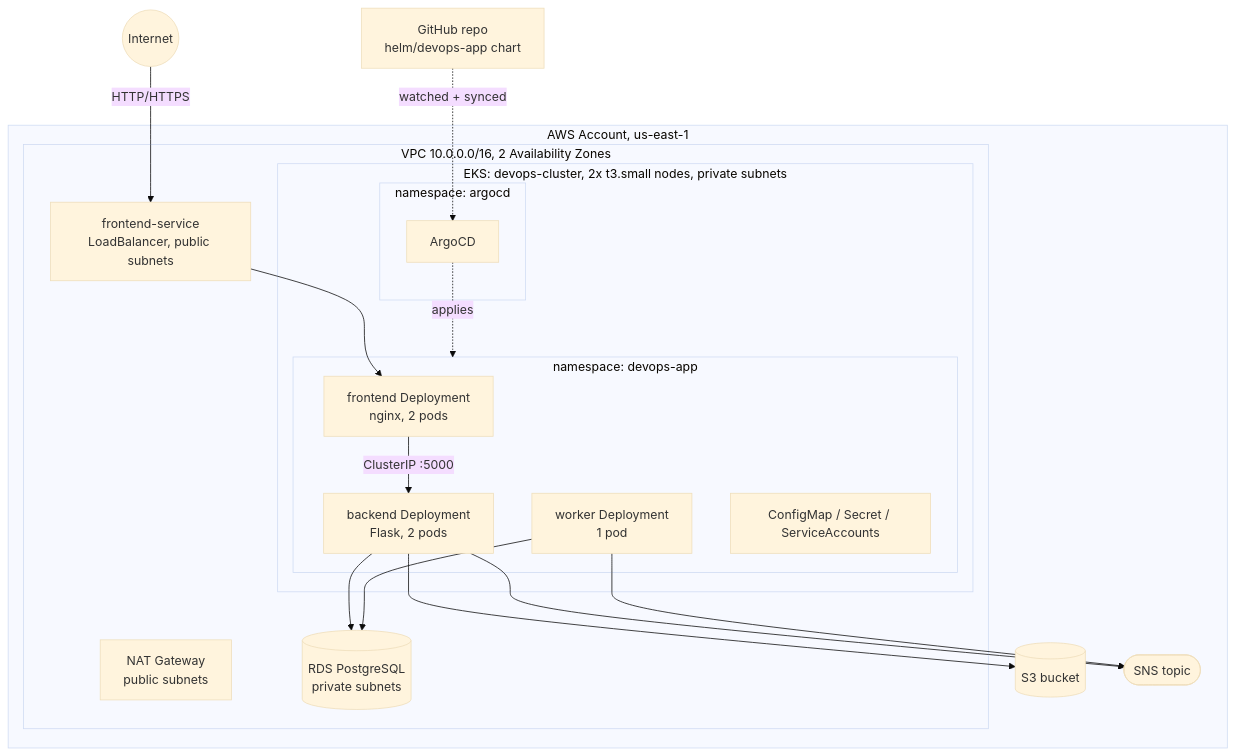
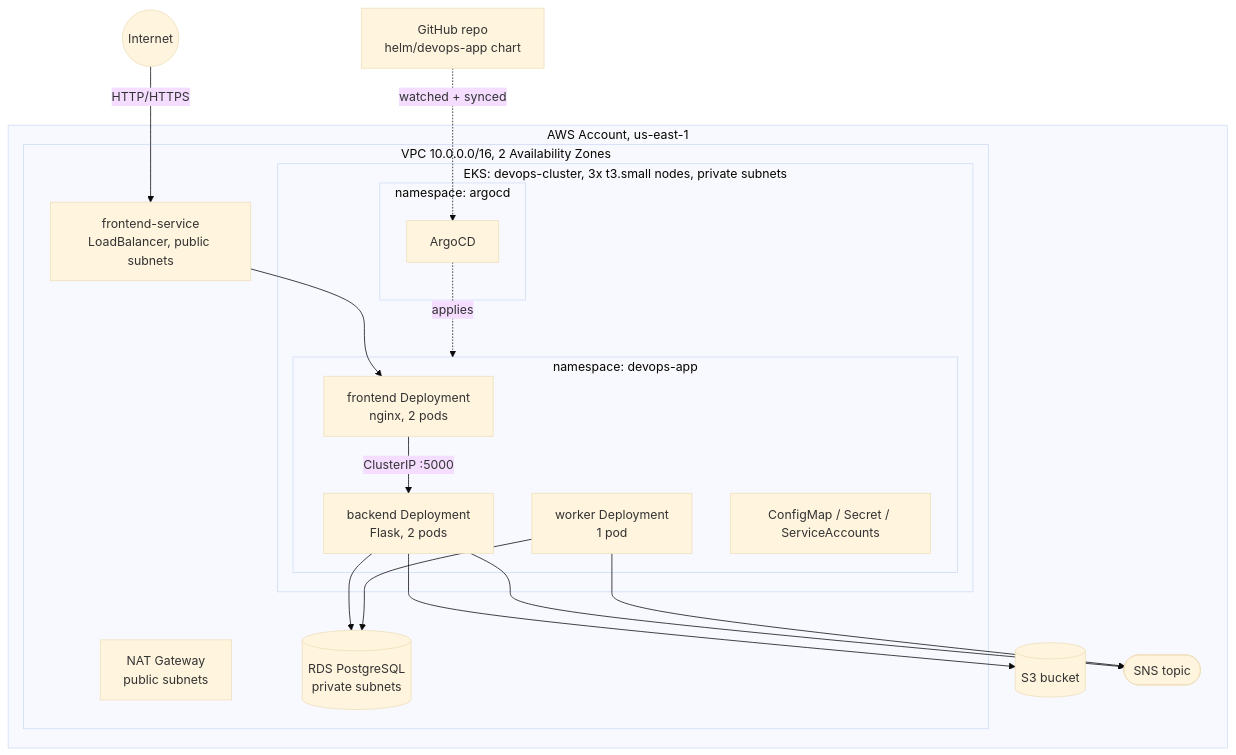
The diagram in README.md (MaxTsyganov/Running_Devops_Project), drawn with Mermaid (base theme) before and after one commit. The commit also changed other lines of this file and 1 other file, not shown here.

Commit message:
fix: bump EKS node count to 3 to fix pod-density ceiling
t3.small's max-pods-per-node is capped by ENI IP capacity (11), not
CPU/memory - confirmed live via a "0/2 nodes are available: Too many
pods" scheduling failure once ArgoCD and cert-manager were added
alongside the app. 2 nodes (22 slots) wasn't enough headroom for
kube-system + CoreDNS + ArgoCD (~7) + cert-manager (3) + the app (5);
3 nodes (33 slots) is. Verified live: all 5 app pods Running, ArgoCD
reports Synced/Healthy.

````diff
--- a/README.md
+++ b/README.md
@@ -40,40 +40,40 @@
 ```mermaid
 flowchart TB
     Internet((Internet))
     GH["GitHub repo<br/>helm/devops-app chart"]
 
     subgraph AWS["AWS Account, us-east-1"]
         subgraph VPC["VPC 10.0.0.0/16, 2 Availability Zones"]
             LB["frontend-service<br/>LoadBalancer, public subnets"]
             NAT["NAT Gateway<br/>public subnets"]
 
-            subgraph EKS["EKS: devops-cluster, 2x t3.small nodes, private subnets"]
+            subgraph EKS["EKS: devops-cluster, 3x t3.small nodes, private subnets"]
                 subgraph NsArgo["namespace: argocd"]
                     ArgoCD["ArgoCD"]
                 end
                 subgraph NsApp["namespace: devops-app"]
                     FE["frontend Deployment<br/>nginx, 2 pods"]
                     BE["backend Deployment<br/>Flask, 2 pods"]
                     WK["worker Deployment<br/>1 pod"]
                     CFG["ConfigMap / Secret / ServiceAccounts"]
                 end
             end
 
             RDS[("RDS PostgreSQL<br/>private subnets")]
         end
 
         S3[("S3 bucket")]
         SNS(["SNS topic"])
     end
 
     Internet -- HTTP/HTTPS --> LB
     LB --> FE
     FE -- "ClusterIP :5000" --> BE
     BE --> RDS
     BE --> S3
     BE --> SNS
     WK --> RDS
     WK --> SNS
     GH -. watched + synced .-> ArgoCD
     ArgoCD -. applies .-> NsApp
 ```
````
